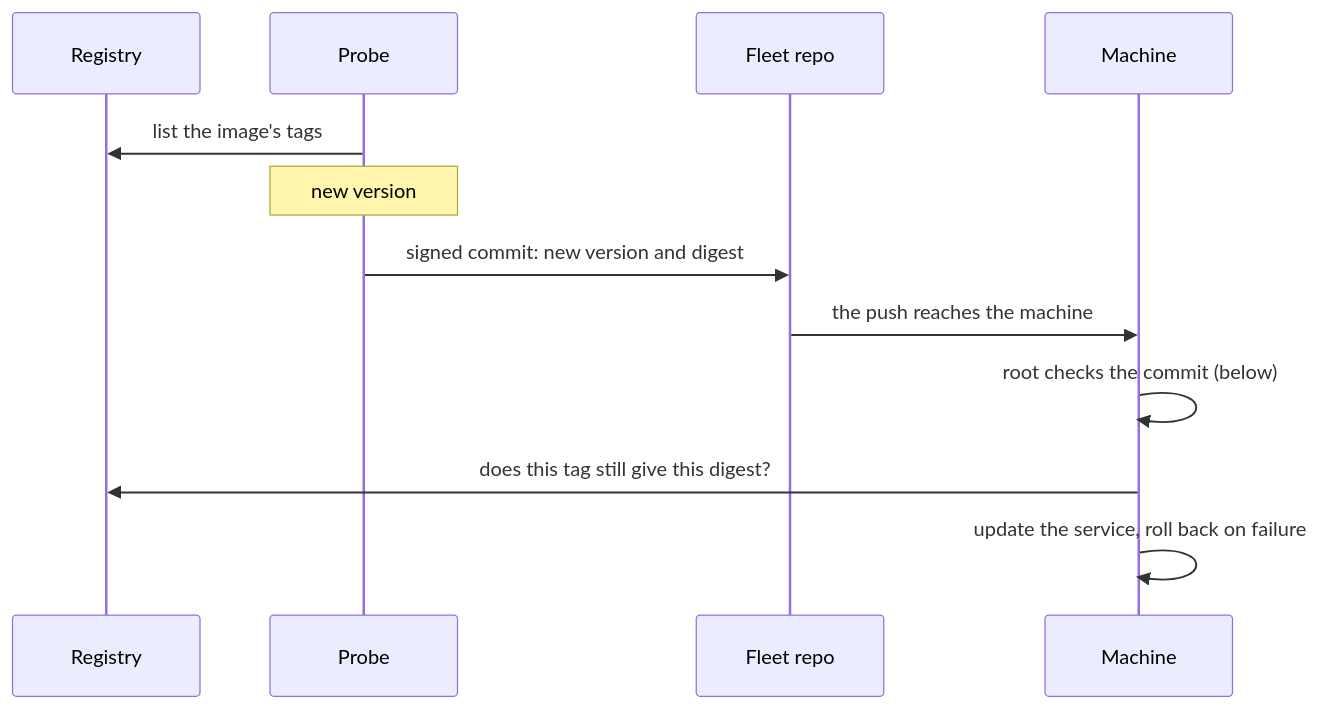
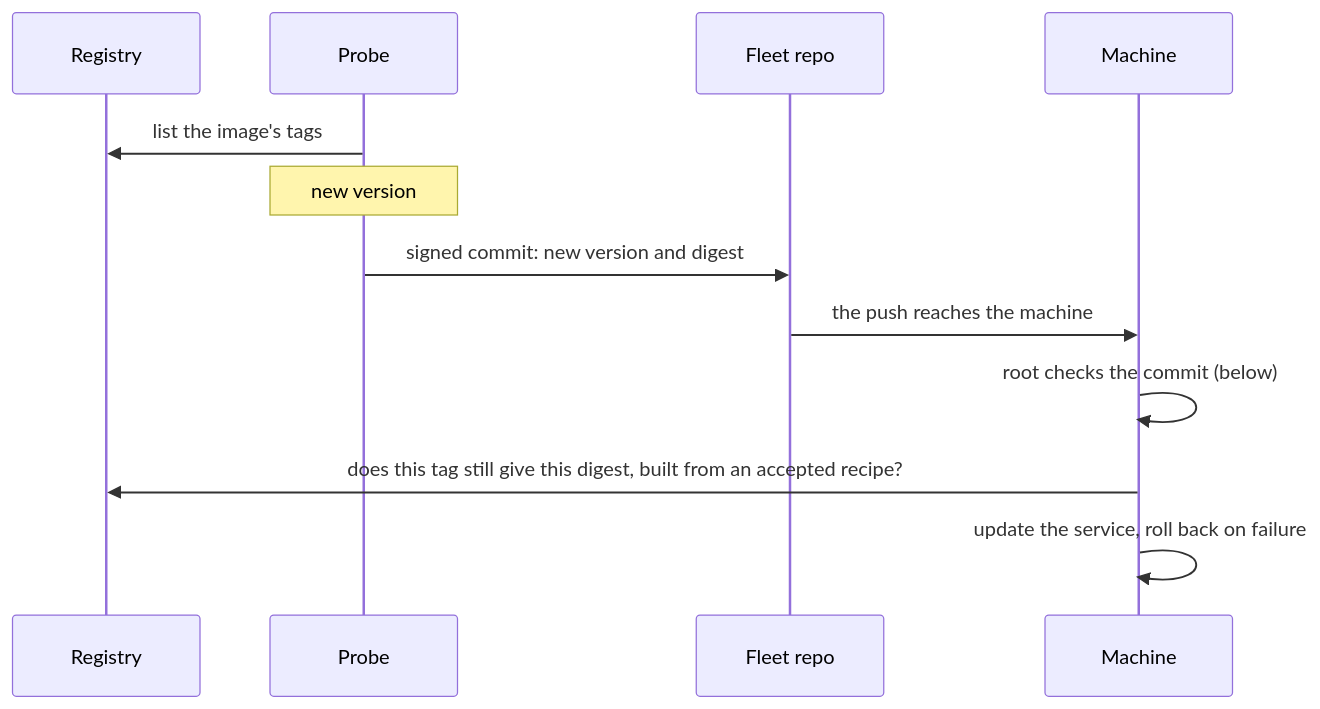
Before and after one commit to TagCopperLight/mothership: the diagram in docs/features/PROBE.md, drawn with Mermaid. The commit also changed other lines of this file and 12 other files, not shown here.

First line of the commit message:
Check where a recipe image was built before a machine runs it

````diff
--- a/docs/features/PROBE.md
+++ b/docs/features/PROBE.md
@@ -43,14 +43,14 @@
 ```mermaid
 sequenceDiagram
     participant R as Registry
     participant P as Probe
     participant G as Fleet repo
     participant M as Machine
     P->>R: list the image's tags
     Note over P: new version
     P->>G: signed commit: new version and digest
     G->>M: the push reaches the machine
     M->>M: root checks the commit (below)
-    M->>R: does this tag still give this digest?
+    M->>R: does this tag still give this digest, built from an accepted recipe?
     M->>M: update the service, roll back on failure
 ```
````
